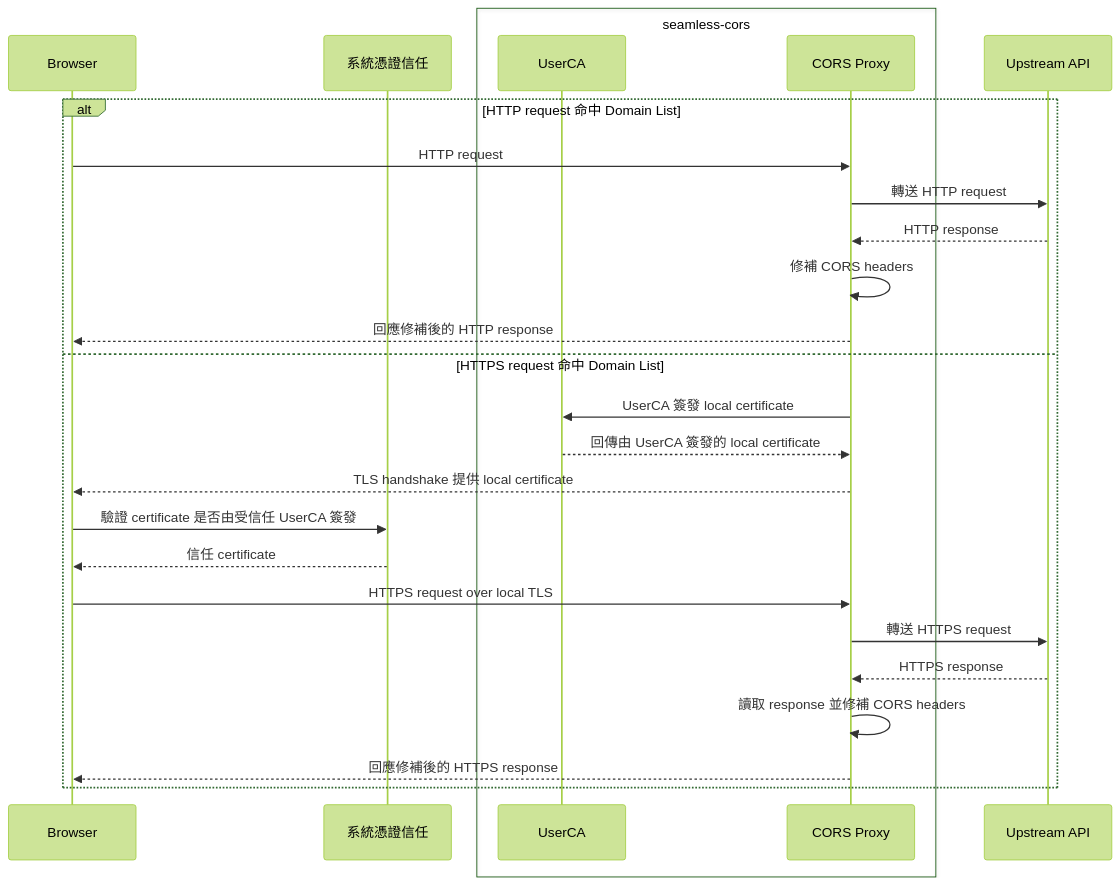
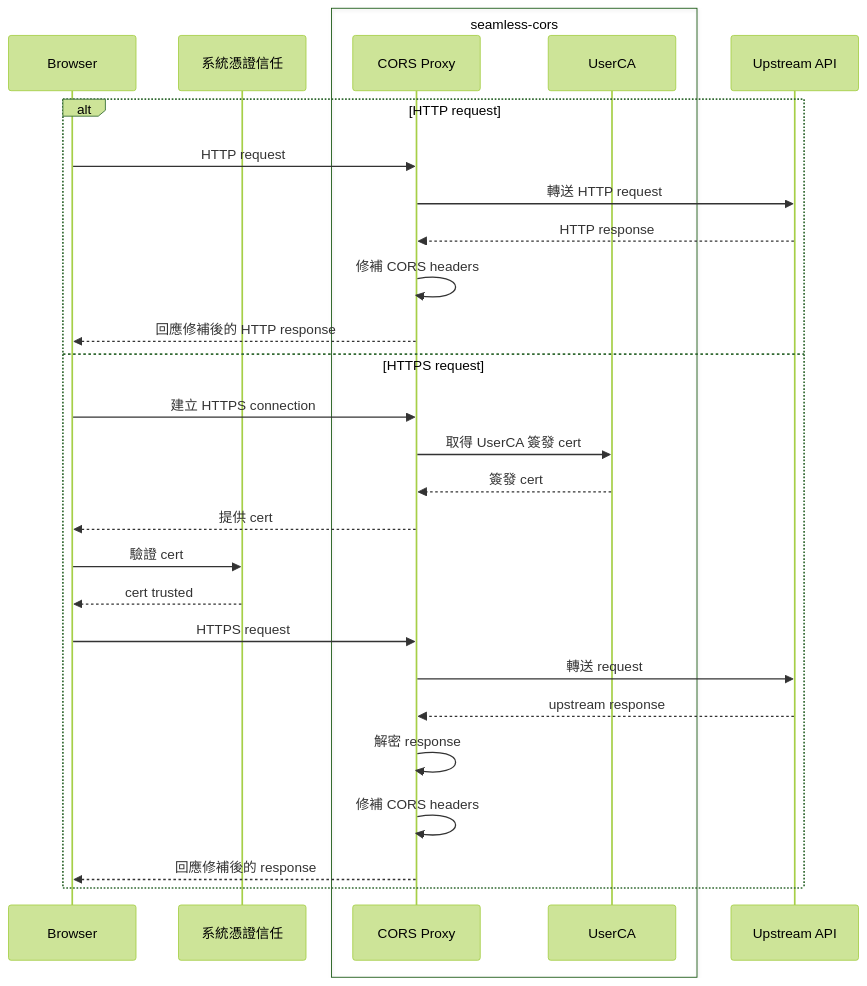
The sixth of 6 diagrams in diagrams/v3.md (QzCurious/seamless-cors), drawn with Mermaid (forest theme) before and after one commit. The commit also changed other lines of this file and 2 other files, not shown here.

Commit message:
update diagrams

````diff
--- a/diagrams/v3.md
+++ b/diagrams/v3.md
@@ -113,30 +103,32 @@
 ```mermaid
 sequenceDiagram
   participant Browser
   participant SystemTrust as 系統憑證信任
   box seamless-cors
+    participant CorsProxy as CORS Proxy
     participant UserCA
-    participant CorsProxy as CORS Proxy
   end
   participant Upstream as Upstream API
 
-  alt HTTP request 命中 Domain List
+  alt HTTP request
     Browser->>CorsProxy: HTTP request
     CorsProxy->>Upstream: 轉送 HTTP request
     Upstream-->>CorsProxy: HTTP response
     CorsProxy->>CorsProxy: 修補 CORS headers
     CorsProxy-->>Browser: 回應修補後的 HTTP response
-  else HTTPS request 命中 Domain List
-    CorsProxy->>UserCA: UserCA 簽發 local certificate
-    UserCA-->>CorsProxy: 回傳由 UserCA 簽發的 local certificate
-    CorsProxy-->>Browser: TLS handshake 提供 local certificate
-    Browser->>SystemTrust: 驗證 certificate 是否由受信任 UserCA 簽發
-    SystemTrust-->>Browser: 信任 certificate
+  else HTTPS request
+    Browser->>CorsProxy: 建立 HTTPS connection
+    CorsProxy->>UserCA: 取得 UserCA 簽發 cert
+    UserCA-->>CorsProxy: 簽發 cert
+    CorsProxy-->>Browser: 提供 cert
+    Browser->>SystemTrust: 驗證 cert
+    SystemTrust-->>Browser: cert trusted
 
-    Browser->>CorsProxy: HTTPS request over local TLS
-    CorsProxy->>Upstream: 轉送 HTTPS request
-    Upstream-->>CorsProxy: HTTPS response
-    CorsProxy->>CorsProxy: 讀取 response 並修補 CORS headers
-    CorsProxy-->>Browser: 回應修補後的 HTTPS response
+    Browser->>CorsProxy: HTTPS request
+    CorsProxy->>Upstream: 轉送 request
+    Upstream-->>CorsProxy: upstream response
+    CorsProxy->>CorsProxy: 解密 response
+    CorsProxy->>CorsProxy: 修補 CORS headers
+    CorsProxy-->>Browser: 回應修補後的 response
   end
 ```
````
